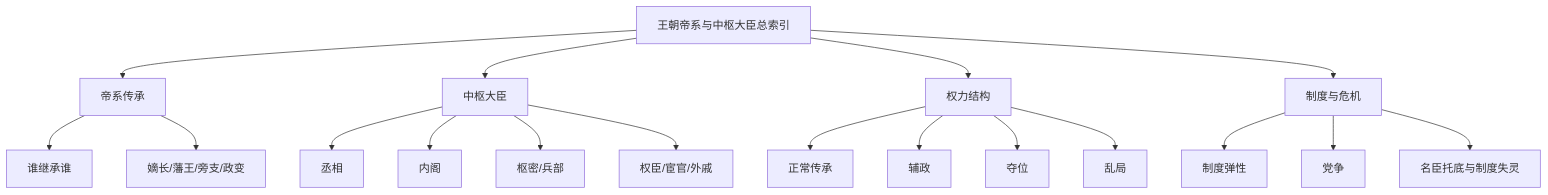
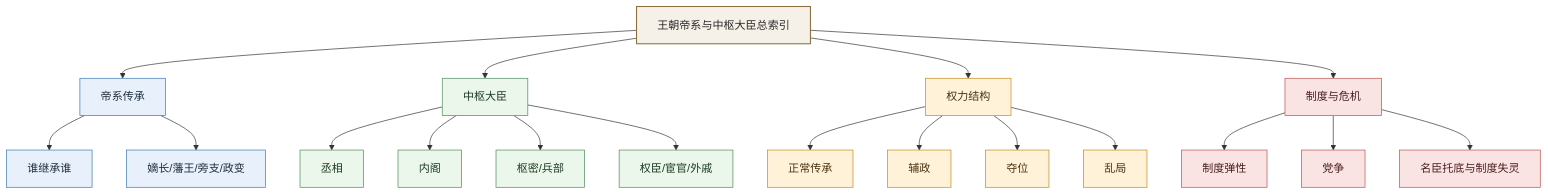
Before and after one commit to zhuguang-ZFG/reading: the diagram in 01_INDEX/王朝帝系与中枢大臣总索引.md, drawn with Mermaid. The commit also changed 2 other files, not shown here.

Commit message:
为历史帝系图添加颜色分组

````diff
--- a/01_INDEX/王朝帝系与中枢大臣总索引.md
+++ b/01_INDEX/王朝帝系与中枢大臣总索引.md
@@ -34,25 +34,37 @@
 ```mermaid
 flowchart TD
     A[王朝帝系与中枢大臣总索引]
     A --> B[帝系传承]
     A --> C[中枢大臣]
     A --> D[权力结构]
     A --> E[制度与危机]
 
     B --> B1[谁继承谁]
     B --> B2[嫡长/藩王/旁支/政变]
 
     C --> C1[丞相]
     C --> C2[内阁]
     C --> C3[枢密/兵部]
     C --> C4[权臣/宦官/外戚]
 
     D --> D1[正常传承]
     D --> D2[辅政]
     D --> D3[夺位]
     D --> D4[乱局]
 
     E --> E1[制度弹性]
     E --> E2[党争]
     E --> E3[名臣托底与制度失灵]
+
+    classDef core fill:#f6f1e8,stroke:#8a6d3b,color:#2b2b2b,stroke-width:1.5px;
+    classDef lineage fill:#e8f1fb,stroke:#3c78b5,color:#1f2d3d;
+    classDef ministers fill:#eaf7ea,stroke:#4f8a5b,color:#1e3a24;
+    classDef power fill:#fff2d9,stroke:#c48a1c,color:#4a3311;
+    classDef crisis fill:#f9e3e3,stroke:#b85450,color:#4a1f1f;
+
+    class A core;
+    class B,B1,B2 lineage;
+    class C,C1,C2,C3,C4 ministers;
+    class D,D1,D2,D3,D4 power;
+    class E,E1,E2,E3 crisis;
 ```
````
